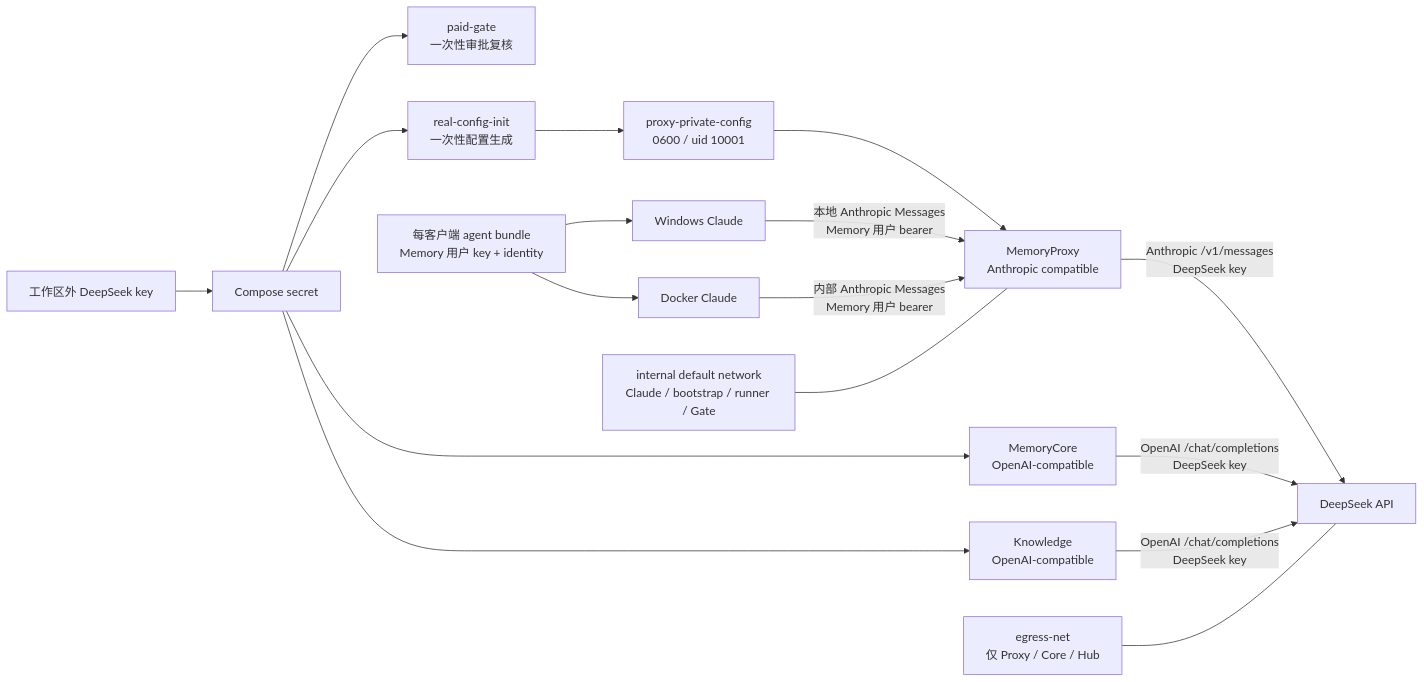
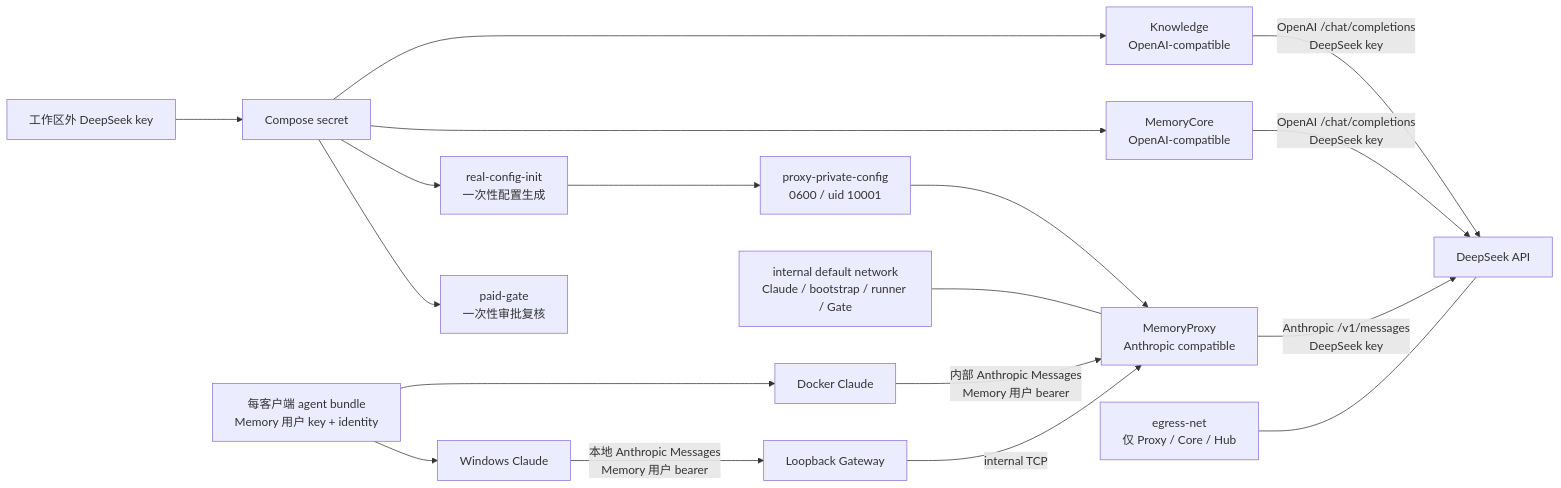
One commit to psiQAQ/agents-memory changed the third of 3 diagrams in docs/enterprise-memory-system-evaluation.md. Above: the diagram before and after it, drawn with Mermaid. The commit also changed other lines of this file and 4 other files, not shown here.

Commit message:
docs: record Windows loopback gateway boundary

````diff
--- a/docs/enterprise-memory-system-evaluation.md
+++ b/docs/enterprise-memory-system-evaluation.md
@@ -142,22 +145,23 @@
 ```mermaid
 flowchart LR
   DS["工作区外 DeepSeek key"] --> CS["Compose secret"]
   CS --> PG["paid-gate<br/>一次性审批复核"]
   CS --> RI["real-config-init<br/>一次性配置生成"]
   CS --> CO["MemoryCore<br/>OpenAI-compatible"]
   CS --> KH["Knowledge<br/>OpenAI-compatible"]
   RI --> PV["proxy-private-config<br/>0600 / uid 10001"]
   PV --> PX["MemoryProxy<br/>Anthropic compatible"]
 
   MB["每客户端 agent bundle<br/>Memory 用户 key + identity"] --> WC["Windows Claude"]
   MB --> DC["Docker Claude"]
-  WC -->|"本地 Anthropic Messages<br/>Memory 用户 bearer"| PX
+  WC -->|"本地 Anthropic Messages<br/>Memory 用户 bearer"| LG["Loopback Gateway"]
+  LG -->|"internal TCP"| PX
   DC -->|"内部 Anthropic Messages<br/>Memory 用户 bearer"| PX
 
   PX -->|"Anthropic /v1/messages<br/>DeepSeek key"| API["DeepSeek API"]
   CO -->|"OpenAI /chat/completions<br/>DeepSeek key"| API
   KH -->|"OpenAI /chat/completions<br/>DeepSeek key"| API
 
   IN["internal default network<br/>Claude / bootstrap / runner / Gate"] --- PX
   EG["egress-net<br/>仅 Proxy / Core / Hub"] --- API
 ```
````
